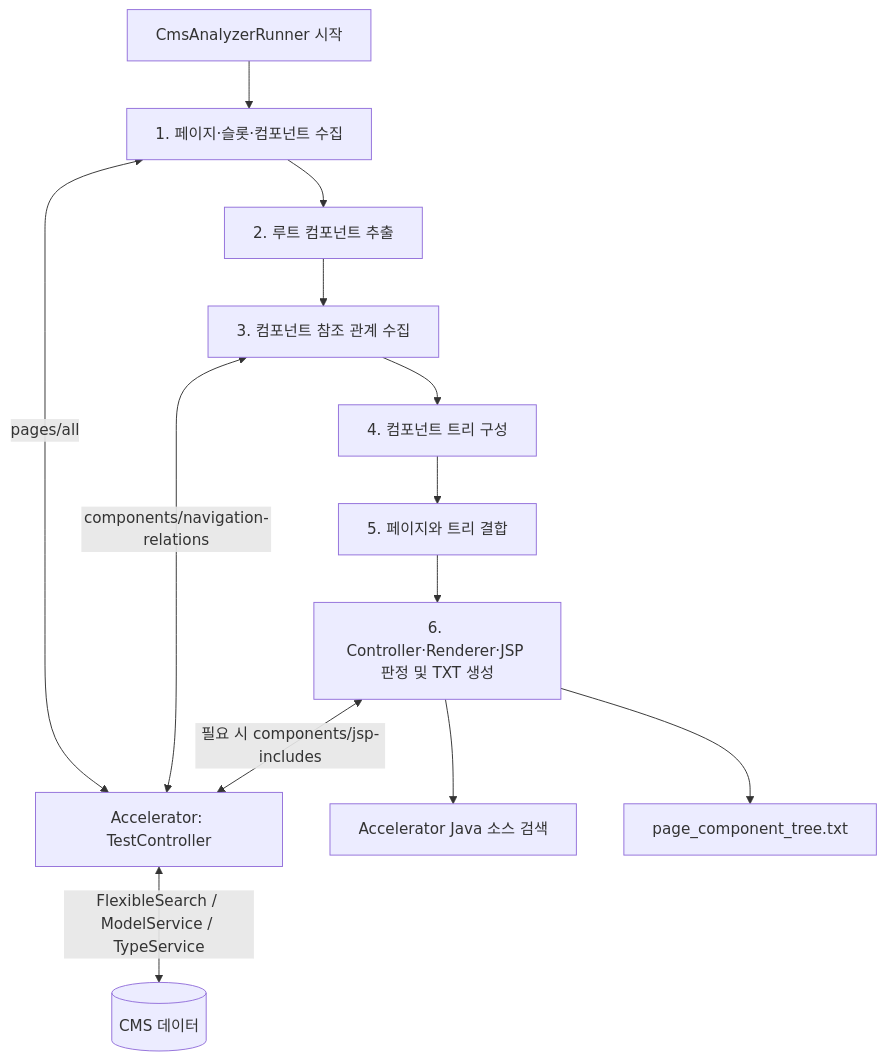
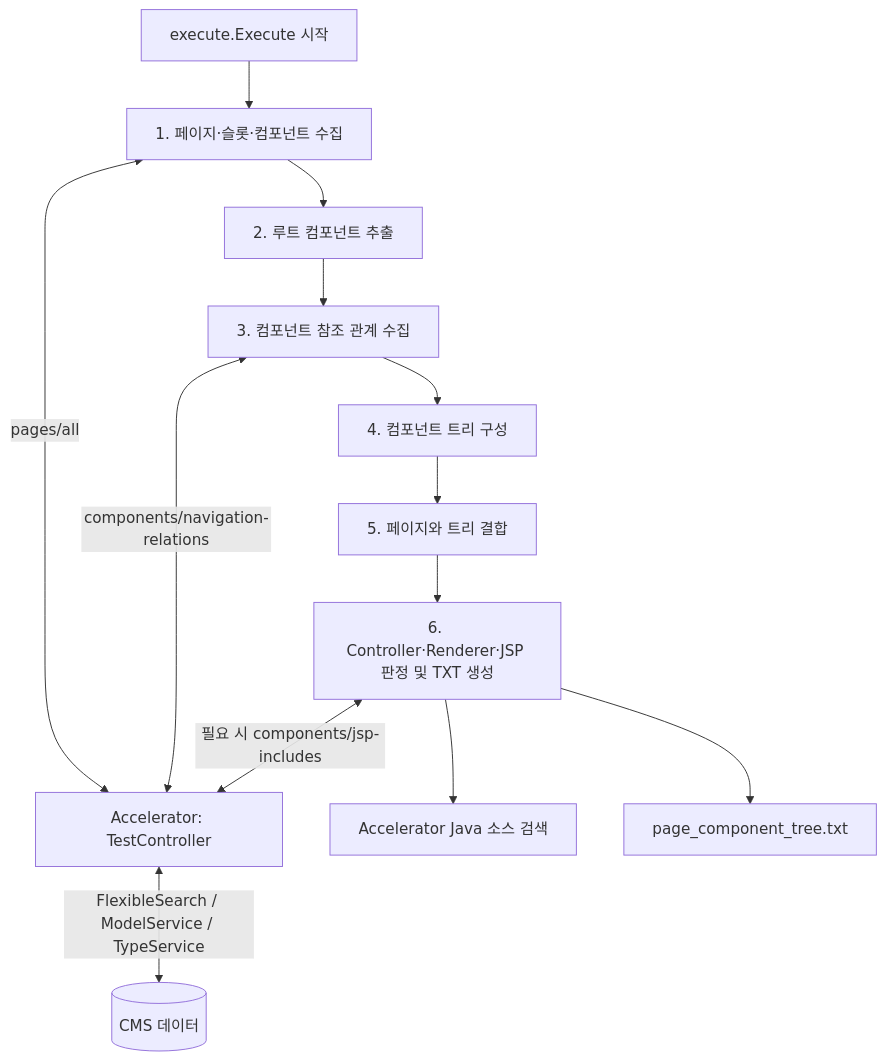
Before and after one commit to hjlemon09/start202610pj: the diagram in javaTool/cms-analyzer/README/cms-analyzer-workflow.md, drawn with Mermaid. The commit also changed other lines of this file and 50 other files, not shown here.

````diff
--- a/javaTool/cms-analyzer/README/cms-analyzer-workflow.md
+++ b/javaTool/cms-analyzer/README/cms-analyzer-workflow.md
@@ -25,15 +25,15 @@
 ```mermaid
 flowchart TD
-    A["CmsAnalyzerRunner 시작"] --> B["1. 페이지·슬롯·컴포넌트 수집"]
+    A["execute.Execute 시작"] --> B["1. 페이지·슬롯·컴포넌트 수집"]
     B --> C["2. 루트 컴포넌트 추출"]
     C --> D["3. 컴포넌트 참조 관계 수집"]
     D --> E["4. 컴포넌트 트리 구성"]
     E --> F["5. 페이지와 트리 결합"]
     F --> G["6. Controller·Renderer·JSP 판정 및 TXT 생성"]
     B <-->|"pages/all"| T["Accelerator: TestController"]
     D <-->|"components/navigation-relations"| T
     G <-->|"필요 시 components/jsp-includes"| T
     T <-->|"FlexibleSearch / ModelService / TypeService"| DB[("CMS 데이터")]
     G --> S["Accelerator Java 소스 검색"]
     G --> O["page_component_tree.txt"]
 ```
````
